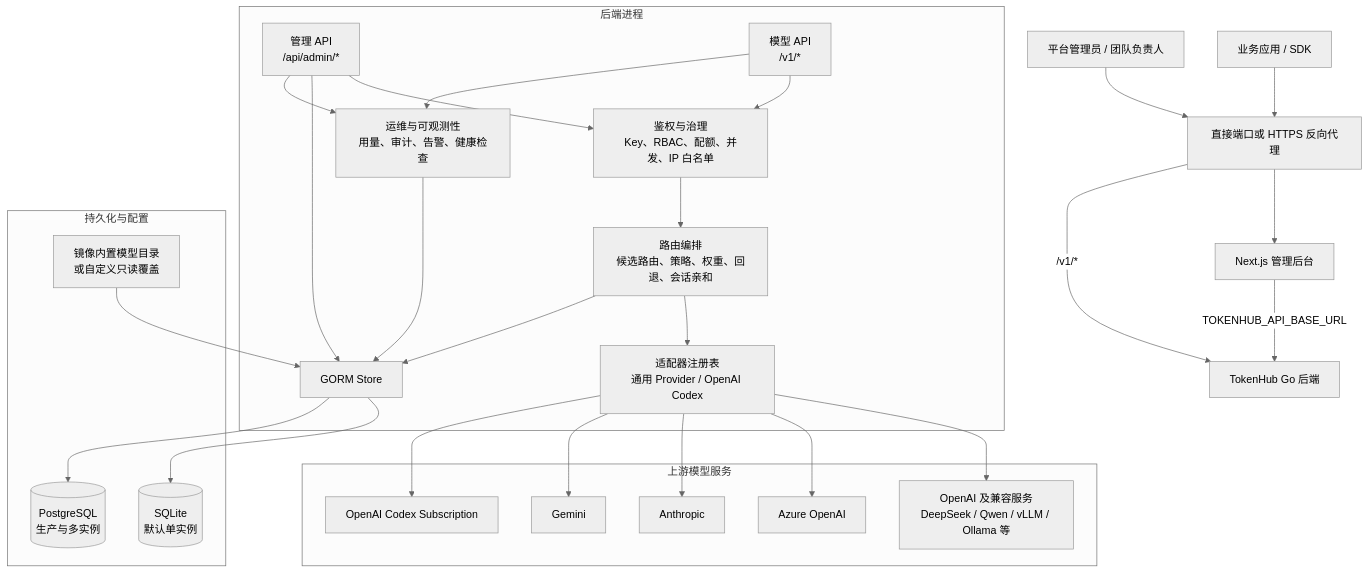
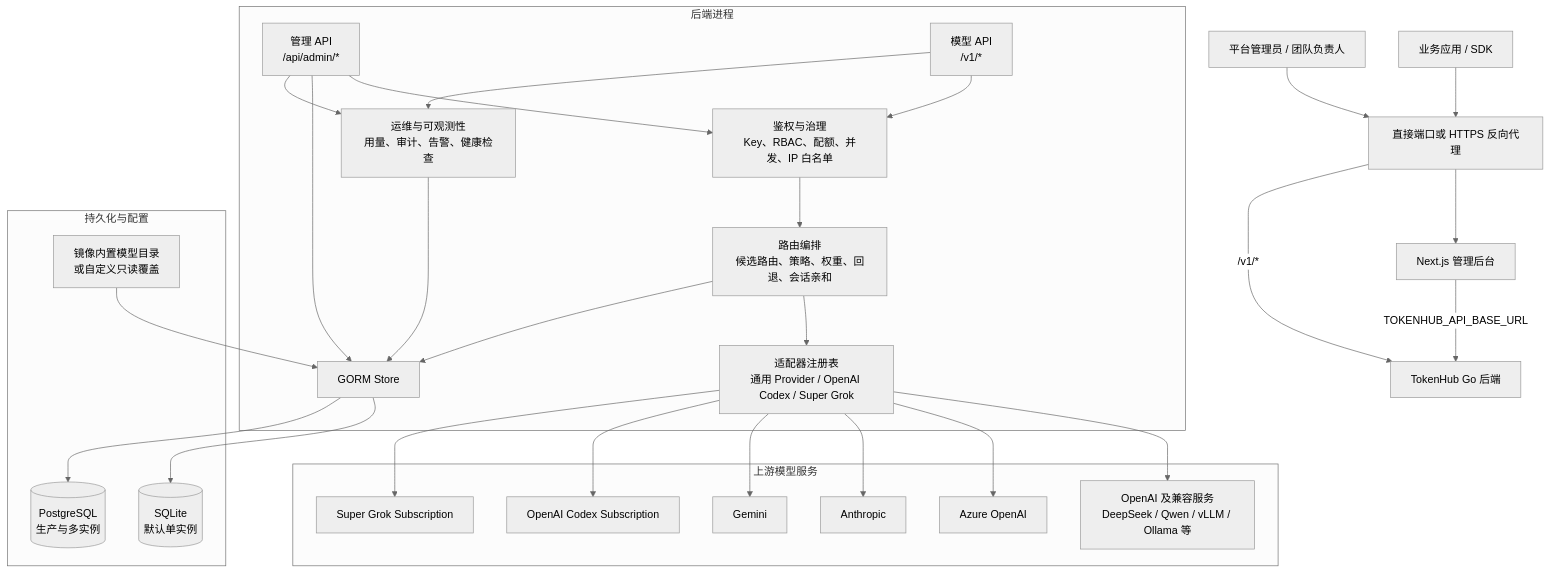
One commit to astaxie/TokenHub changed the first of 3 diagrams in docs/zh-CN/architecture.md. Above: the diagram before and after it, drawn with Mermaid (neutral theme). The commit also changed other lines of this file and 49 other files, not shown here.

First line of the commit message:
feat: add Super Grok subscription provider

````diff
--- a/docs/zh-CN/architecture.md
+++ b/docs/zh-CN/architecture.md
@@ -11,51 +11,53 @@
 ```mermaid
 flowchart TB
     admin["平台管理员 / 团队负责人"]
     app["业务应用 / SDK"]
     ingress["直接端口或 HTTPS 反向代理"]
     frontend["Next.js 管理后台"]
     backend["TokenHub Go 后端"]
 
     subgraph backendProcess["后端进程"]
         adminApi["管理 API\n/api/admin/*"]
         modelApi["模型 API\n/v1/*"]
         governance["鉴权与治理\nKey、RBAC、配额、并发、IP 白名单"]
         routing["路由编排\n候选路由、策略、权重、回退、会话亲和"]
-        adapters["适配器注册表\n通用 Provider / OpenAI Codex"]
+        adapters["适配器注册表\n通用 Provider / OpenAI Codex / Super Grok"]
         operations["运维与可观测性\n用量、审计、告警、健康检查"]
         store["GORM Store"]
 
         adminApi --> governance
         adminApi --> store
         modelApi --> governance --> routing --> adapters
         modelApi --> operations --> store
         adminApi --> operations
         routing --> store
     end
 
     subgraph persistence["持久化与配置"]
         sqlite[("SQLite\n默认单实例")]
         postgres[("PostgreSQL\n生产与多实例")]
         catalog["镜像内置模型目录\n或自定义只读覆盖"]
     end
 
     subgraph upstream["上游模型服务"]
         compatible["OpenAI 及兼容服务\nDeepSeek / Qwen / vLLM / Ollama 等"]
         azure["Azure OpenAI"]
         anthropic["Anthropic"]
         gemini["Gemini"]
         codex["OpenAI Codex Subscription"]
+        grok["Super Grok Subscription"]
     end
 
     admin --> ingress --> frontend
     frontend -->|"TOKENHUB_API_BASE_URL"| backend
     app --> ingress -->|"/v1/*"| backend
     adapters --> compatible
     adapters --> azure
     adapters --> anthropic
     adapters --> gemini
     adapters --> codex
+    adapters --> grok
     store --> sqlite
     store --> postgres
     catalog --> store
 ```
````
